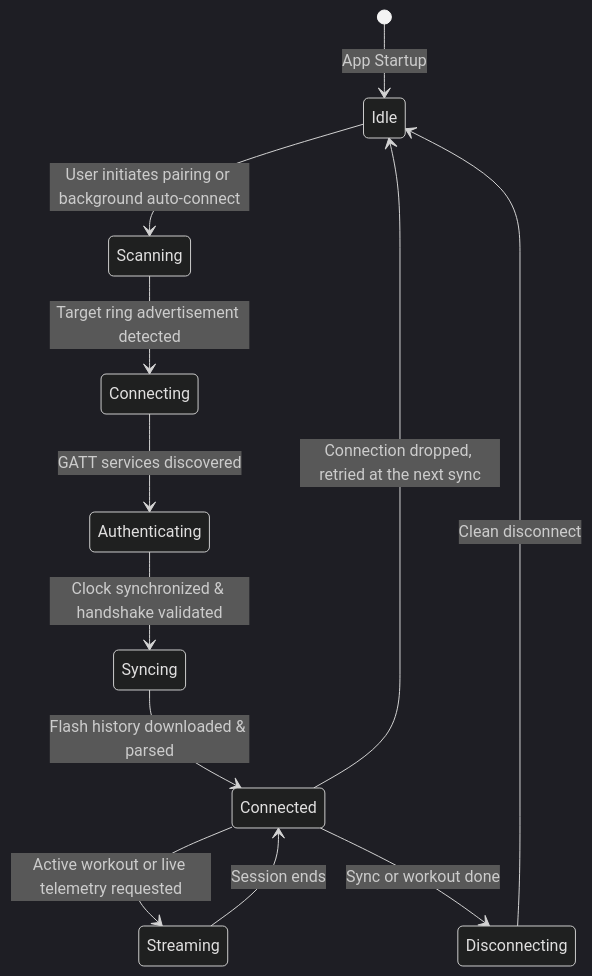
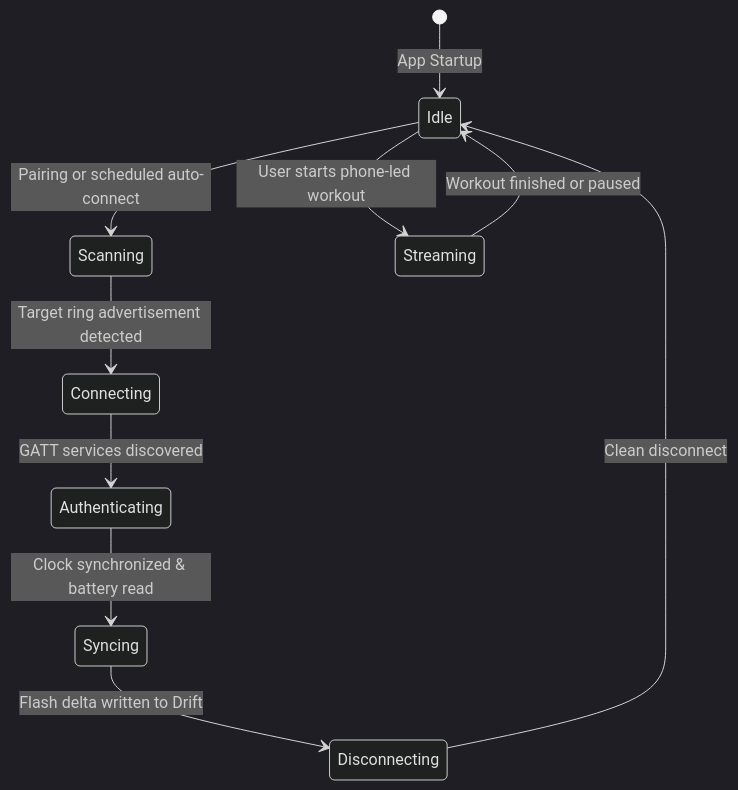
Before and after one commit to gabrielbsandim/open-ring: the second of 2 diagrams in docs/architecture.md, drawn with Mermaid (dark theme). The commit also changed other lines of this file and 4 other files, not shown here.

Commit message:
docs: sync README, plan, roadmap, and architecture for Epic #15 (#416)

````diff
--- a/docs/architecture.md
+++ b/docs/architecture.md
@@ -64,16 +64,13 @@
 ```mermaid
 stateDiagram-v2
     [*] --> Idle: App Startup
-    Idle --> Scanning: User initiates pairing or background auto-connect
+    Idle --> Scanning: Pairing or scheduled auto-connect
     Scanning --> Connecting: Target ring advertisement detected
     Connecting --> Authenticating: GATT services discovered
-    Authenticating --> Syncing: Clock synchronized & handshake validated
-    Syncing --> Connected: Flash history downloaded & parsed
-    
-    Connected --> Streaming: Active workout or live telemetry requested
-    Streaming --> Connected: Session ends
-    
-    Connected --> Disconnecting: Sync or workout done
-    Connected --> Idle: Connection dropped, retried at the next sync
+    Authenticating --> Syncing: Clock synchronized & battery read
+    Syncing --> Disconnecting: Flash delta written to Drift
     Disconnecting --> Idle: Clean disconnect
+
+    Idle --> Streaming: User starts phone-led workout
+    Streaming --> Idle: Workout finished or paused
 ```
````
